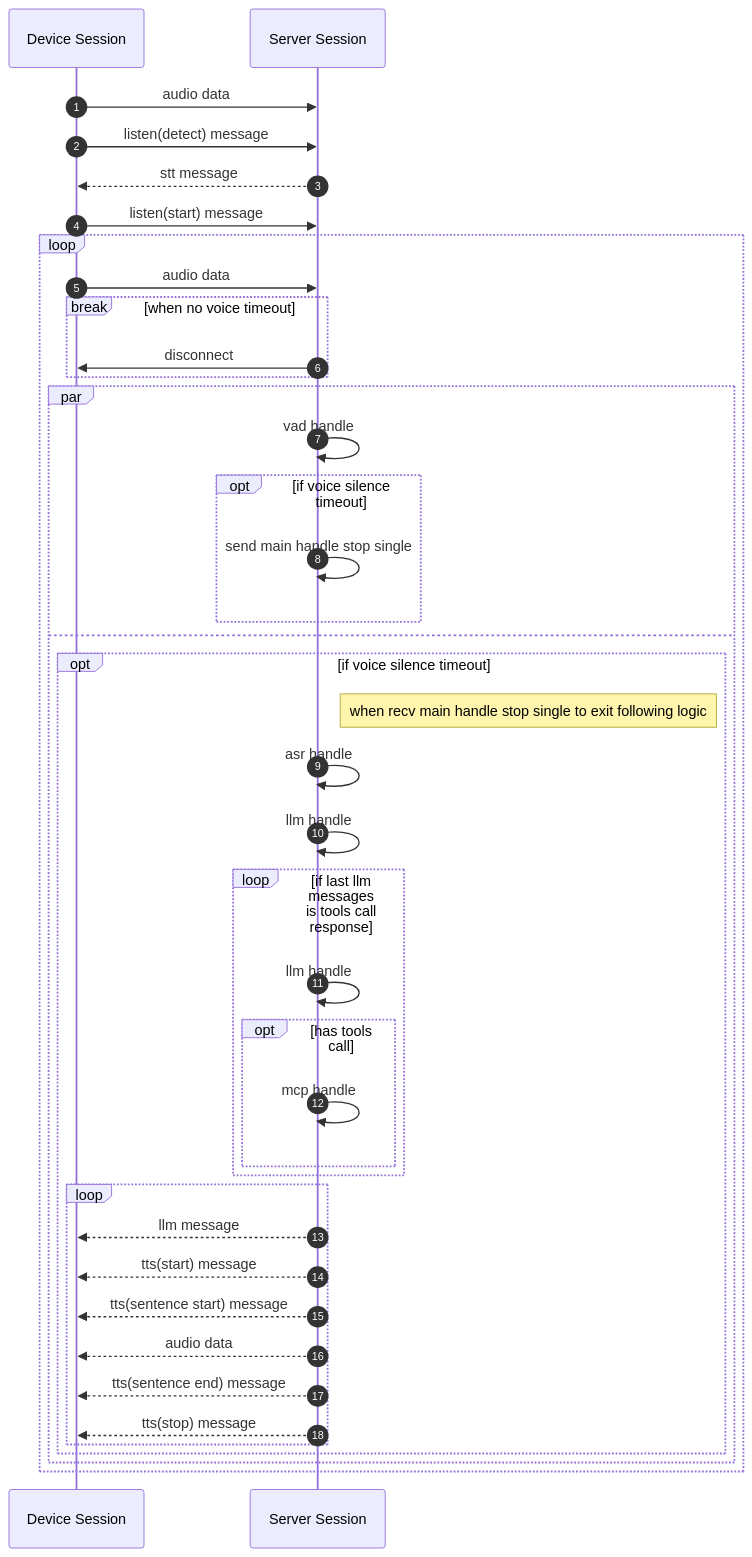
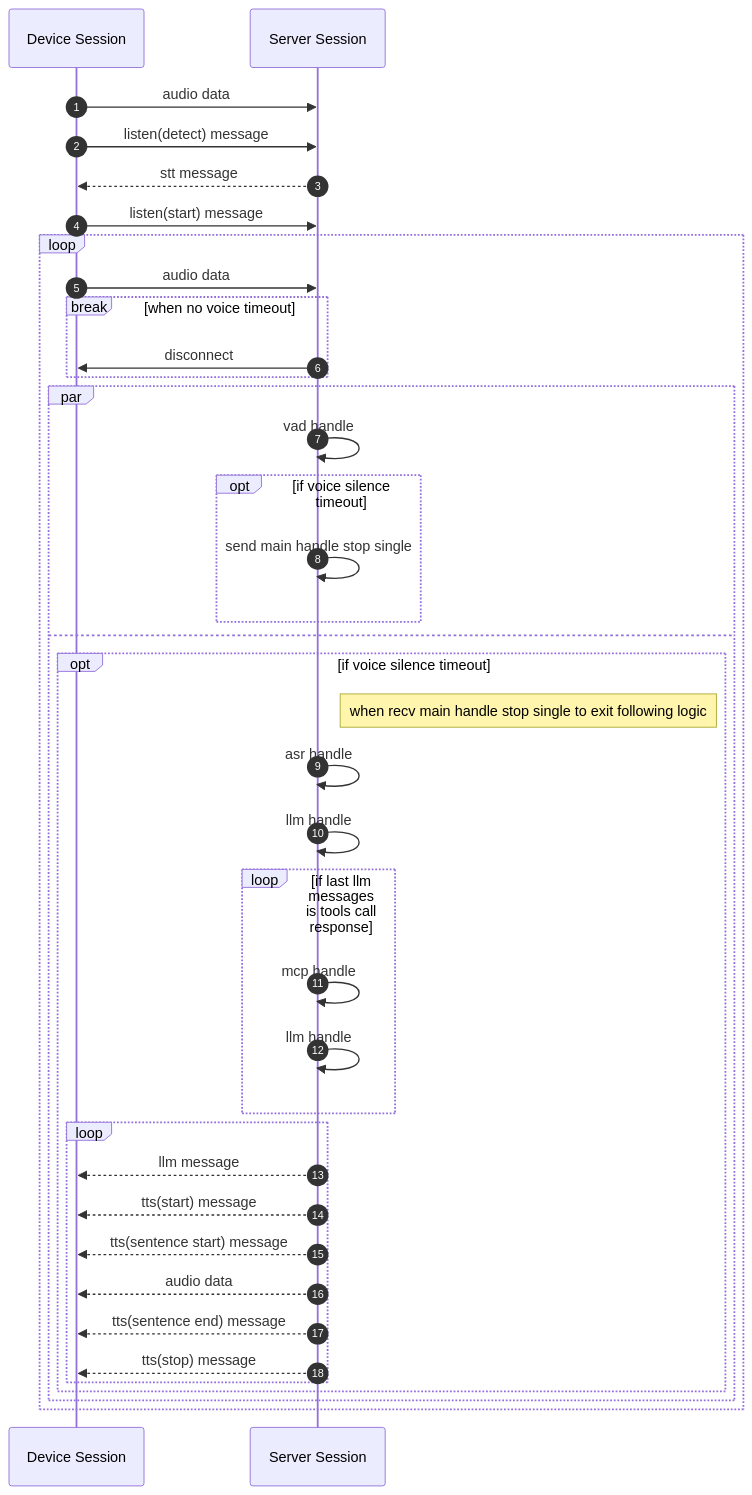
One commit to lastsunday/chobits changed the third of 4 diagrams in docs/development/README.md. Above: the diagram before and after it, drawn with Mermaid. The commit also changed other lines of this file, not shown here.

Commit message:
docs: fix llm and mcp handle

````diff
--- a/docs/development/README.md
+++ b/docs/development/README.md
@@ -125,42 +125,40 @@
 ```mermaid
 sequenceDiagram
     autonumber
     participant DeviceSession as Device Session
     participant ServerSession as Server Session
     DeviceSession ->> ServerSession: audio data
     DeviceSession ->> ServerSession: listen(detect) message
     ServerSession -->> DeviceSession: stt message
     DeviceSession ->> ServerSession: listen(start) message
     loop
       DeviceSession ->> ServerSession: audio data
       break when no voice timeout
         ServerSession ->> DeviceSession: disconnect
       end
       par
         ServerSession ->> ServerSession: vad handle
         opt if voice silence timeout
           ServerSession ->> ServerSession: send main handle stop single
         end
       and
         opt if voice silence timeout
           note right of ServerSession: when recv main handle stop single to exit following logic
           ServerSession ->> ServerSession: asr handle
           ServerSession ->> ServerSession: llm handle
           loop if last llm messages is tools call response
+            ServerSession ->> ServerSession: mcp handle
             ServerSession ->> ServerSession: llm handle
-            opt has tools call
-              ServerSession ->> ServerSession: mcp handle
-            end
           end
           loop
             ServerSession -->> DeviceSession: llm message
             ServerSession -->> DeviceSession: tts(start) message
             ServerSession -->> DeviceSession: tts(sentence start) message
             ServerSession -->> DeviceSession: audio data
             ServerSession -->> DeviceSession: tts(sentence end) message
             ServerSession -->> DeviceSession: tts(stop) message
           end
         end
       end
     end
 ```
````
